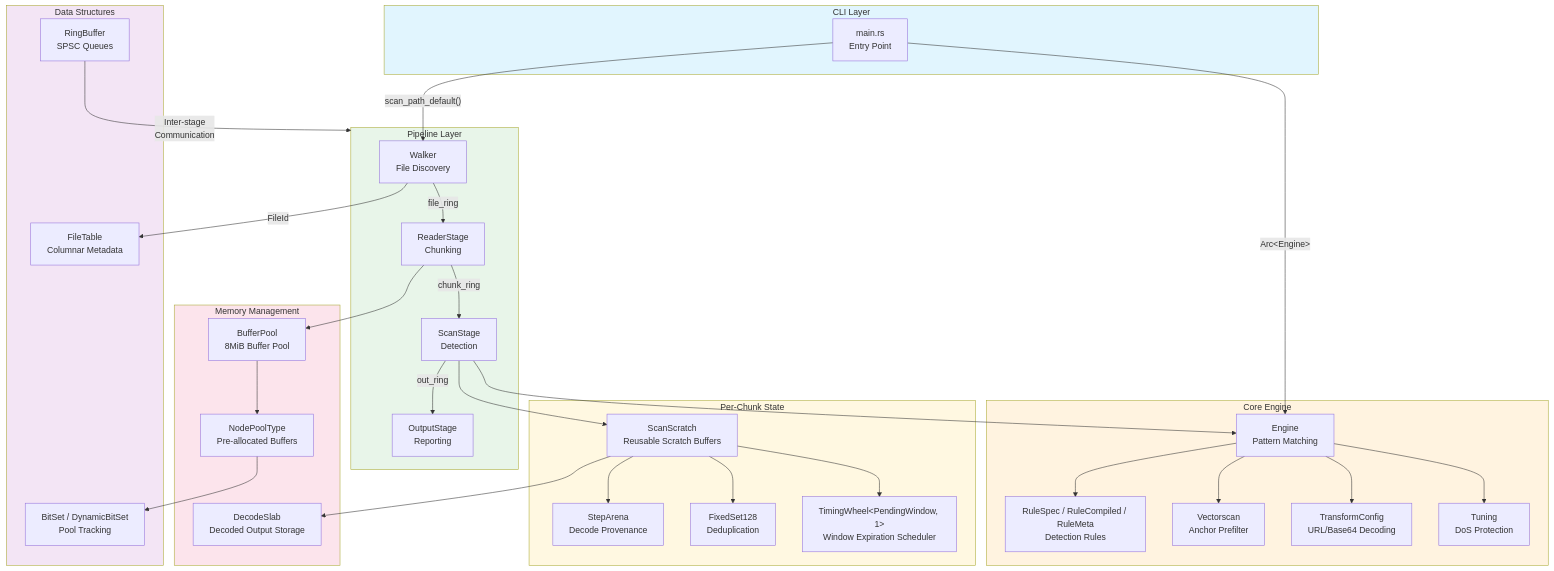
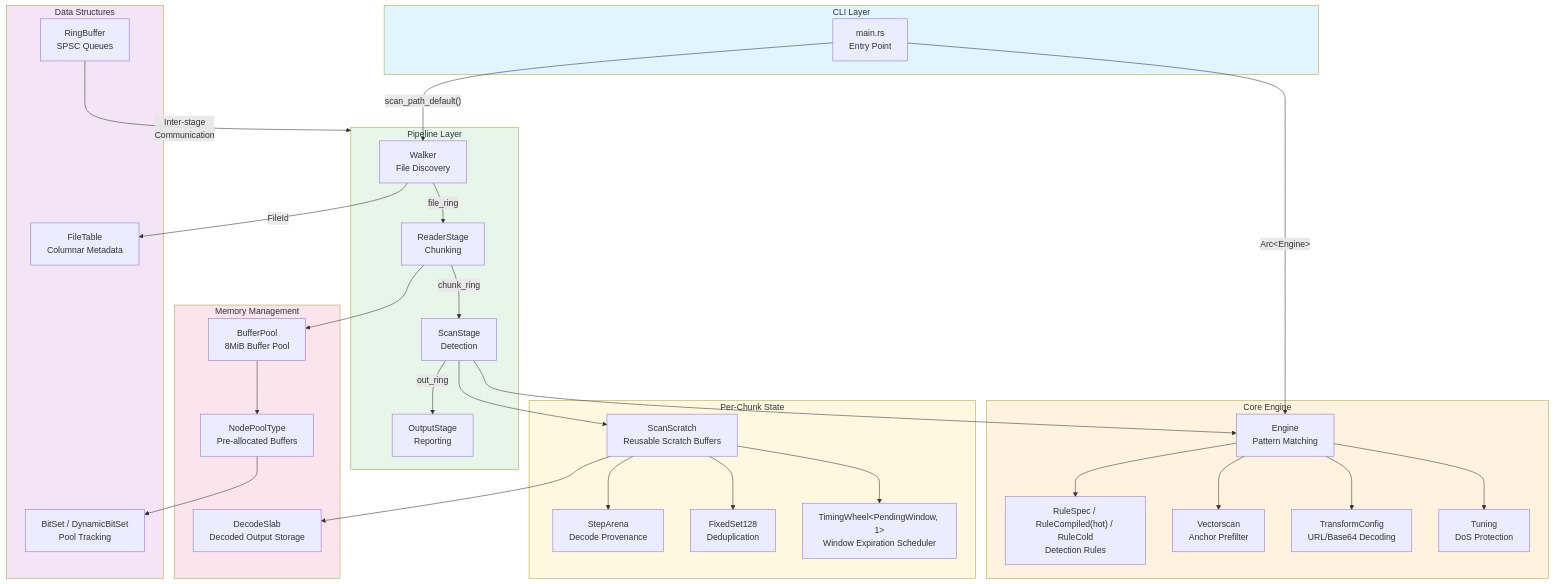
One commit to ahrav/scratch-scanner-rs changed the diagram in docs/architecture-overview.md. Above: the diagram before and after it, drawn with Mermaid. The commit also changed other lines of this file and 12 other files, not shown here.

First line of the commit message:
Refactor: Split RuleCompiled into hot and cold components

````diff
--- a/docs/architecture-overview.md
+++ b/docs/architecture-overview.md
@@ -5,73 +5,73 @@
 ```mermaid
 graph TB
     subgraph CLI["CLI Layer"]
         Main["main.rs<br/>Entry Point"]
     end
 
     subgraph Core["Core Engine"]
         Engine["Engine<br/>Pattern Matching"]
-        Rules["RuleSpec / RuleCompiled / RuleMeta<br/>Detection Rules"]
+        Rules["RuleSpec / RuleCompiled(hot) / RuleCold<br/>Detection Rules"]
         VS["Vectorscan<br/>Anchor Prefilter"]
         Transforms["TransformConfig<br/>URL/Base64 Decoding"]
         Tuning["Tuning<br/>DoS Protection"]
     end
 
     subgraph Pipeline["Pipeline Layer"]
         Walker["Walker<br/>File Discovery"]
         Reader["ReaderStage<br/>Chunking"]
         Scanner["ScanStage<br/>Detection"]
         Output["OutputStage<br/>Reporting"]
     end
 
     subgraph Memory["Memory Management"]
         BufferPool["BufferPool<br/>8MiB Buffer Pool"]
         NodePool["NodePoolType<br/>Pre-allocated Buffers"]
         DecodeSlab["DecodeSlab<br/>Decoded Output Storage"]
     end
 
     subgraph DataStructures["Data Structures"]
         RingBuffer["RingBuffer<br/>SPSC Queues"]
         BitSet["BitSet / DynamicBitSet<br/>Pool Tracking"]
         FileTable["FileTable<br/>Columnar Metadata"]
     end
 
     subgraph State["Per-Chunk State"]
         ScanScratch["ScanScratch<br/>Reusable Scratch Buffers"]
         StepArena["StepArena<br/>Decode Provenance"]
         FixedSet128["FixedSet128<br/>Deduplication"]
         TimingWheel["TimingWheel&lt;PendingWindow, 1&gt;<br/>Window Expiration Scheduler"]
     end
 
     Main --> |"Arc&lt;Engine&gt;"| Engine
     Main --> |"scan_path_default()"| Walker
 
     Engine --> Rules
     Engine --> VS
     Engine --> Transforms
     Engine --> Tuning
 
     Walker --> |"FileId"| FileTable
     Walker --> |"file_ring"| Reader
     Reader --> |"chunk_ring"| Scanner
     Scanner --> |"out_ring"| Output
 
     Reader --> BufferPool
     BufferPool --> NodePool
     NodePool --> BitSet
 
     Scanner --> Engine
     Scanner --> ScanScratch
     ScanScratch --> DecodeSlab
     ScanScratch --> StepArena
     ScanScratch --> FixedSet128
     ScanScratch --> TimingWheel
 
     RingBuffer --> |"Inter-stage<br/>Communication"| Pipeline
 
     style CLI fill:#e1f5fe
     style Core fill:#fff3e0
     style Pipeline fill:#e8f5e9
     style Memory fill:#fce4ec
     style DataStructures fill:#f3e5f5
     style State fill:#fff8e1
 ```
````
